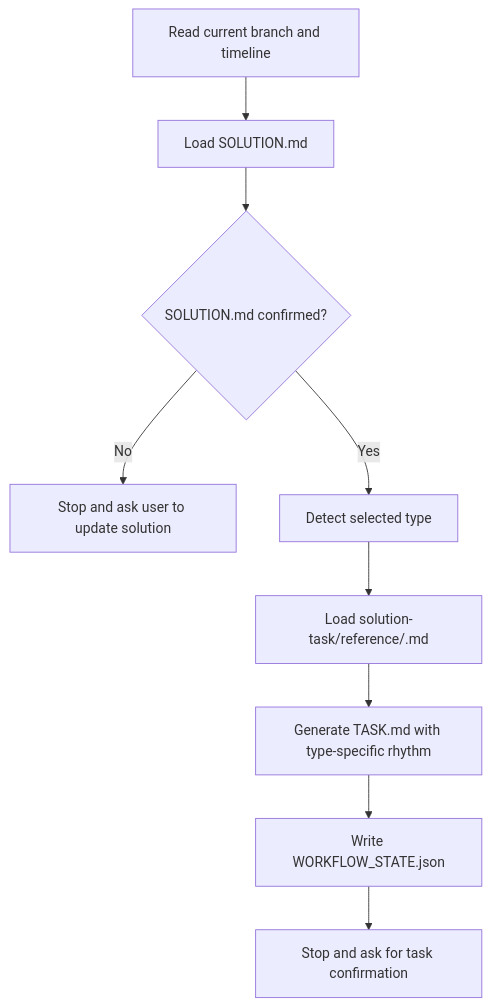
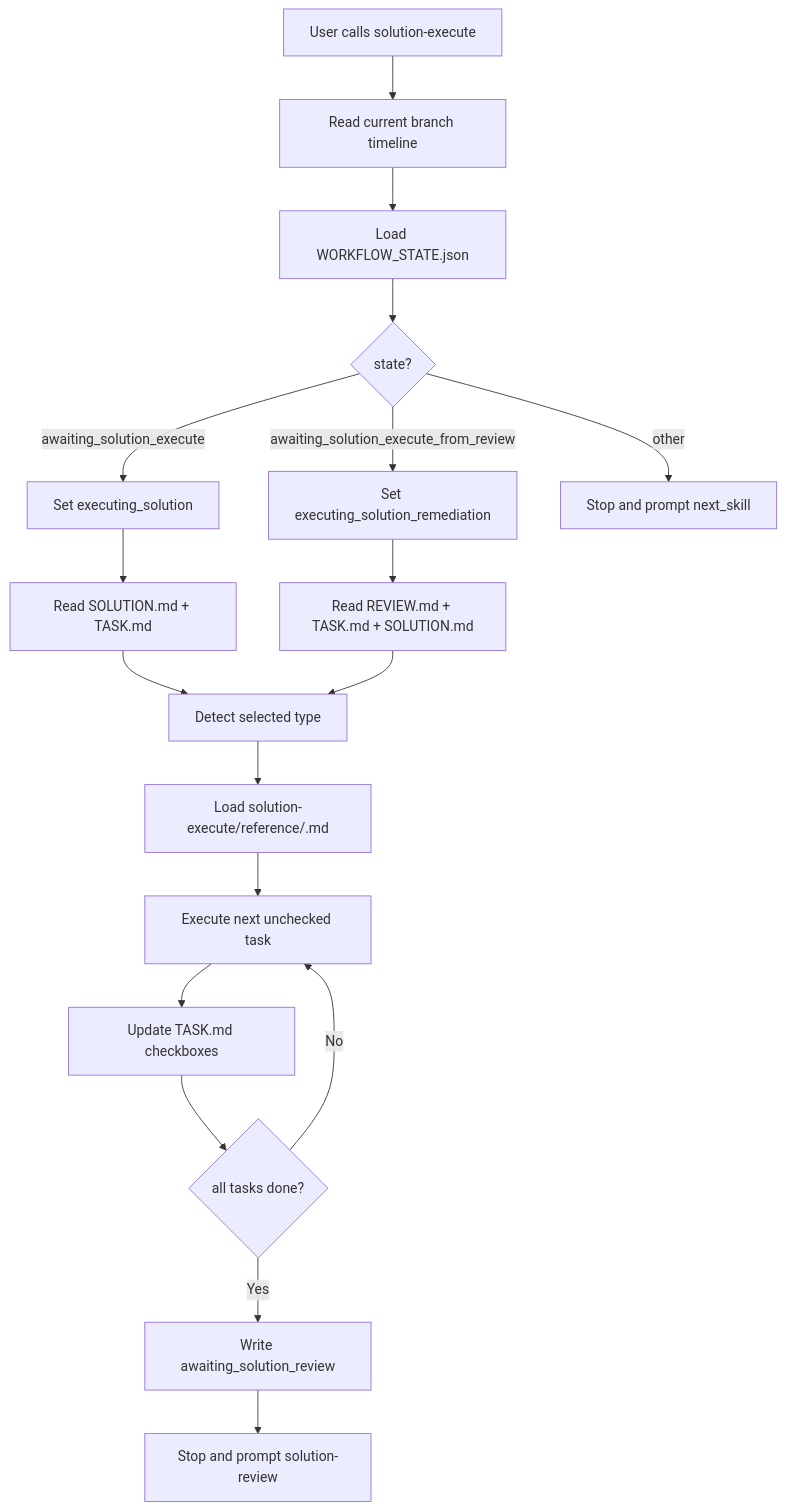
One commit to PorterZhang2021/porter-plugins changed the diagram in .codex/timeline/feat/refactor-feature-development/SOLUTION.md. Above: the diagram before and after it, drawn with Mermaid. The commit also changed other lines of this file and 13 other files, not shown here.

Commit message:
feat(solution): add solution-execute workflow

````diff
--- a/.codex/timeline/feat/refactor-feature-development/SOLUTION.md
+++ b/.codex/timeline/feat/refactor-feature-development/SOLUTION.md
@@ -164,11 +241,20 @@
 ```mermaid
 flowchart TD
-  A["Read current branch and timeline"] --> B["Load SOLUTION.md"]
-  B --> C{"SOLUTION.md confirmed?"}
-  C -- "No" --> D["Stop and ask user to update solution"]
-  C -- "Yes" --> E["Detect selected type"]
-  E --> F["Load solution-task/reference/<type>.md"]
-  F --> G["Generate TASK.md with type-specific rhythm"]
-  G --> H["Write WORKFLOW_STATE.json"]
-  H --> I["Stop and ask for task confirmation"]
+  A["User calls solution-execute"] --> B["Read current branch timeline"]
+  B --> C["Load WORKFLOW_STATE.json"]
+  C --> D{"state?"}
+  D -- "awaiting_solution_execute" --> E["Set executing_solution"]
+  D -- "awaiting_solution_execute_from_review" --> F["Set executing_solution_remediation"]
+  D -- "other" --> X["Stop and prompt next_skill"]
+  E --> G["Read SOLUTION.md + TASK.md"]
+  F --> H["Read REVIEW.md + TASK.md + SOLUTION.md"]
+  G --> I["Detect selected type"]
+  H --> I
+  I --> J["Load solution-execute/reference/<type>.md"]
+  J --> K["Execute next unchecked task"]
+  K --> L["Update TASK.md checkboxes"]
+  L --> M{"all tasks done?"}
+  M -- "No" --> K
+  M -- "Yes" --> N["Write awaiting_solution_review"]
+  N --> O["Stop and prompt solution-review"]
 ```
````
